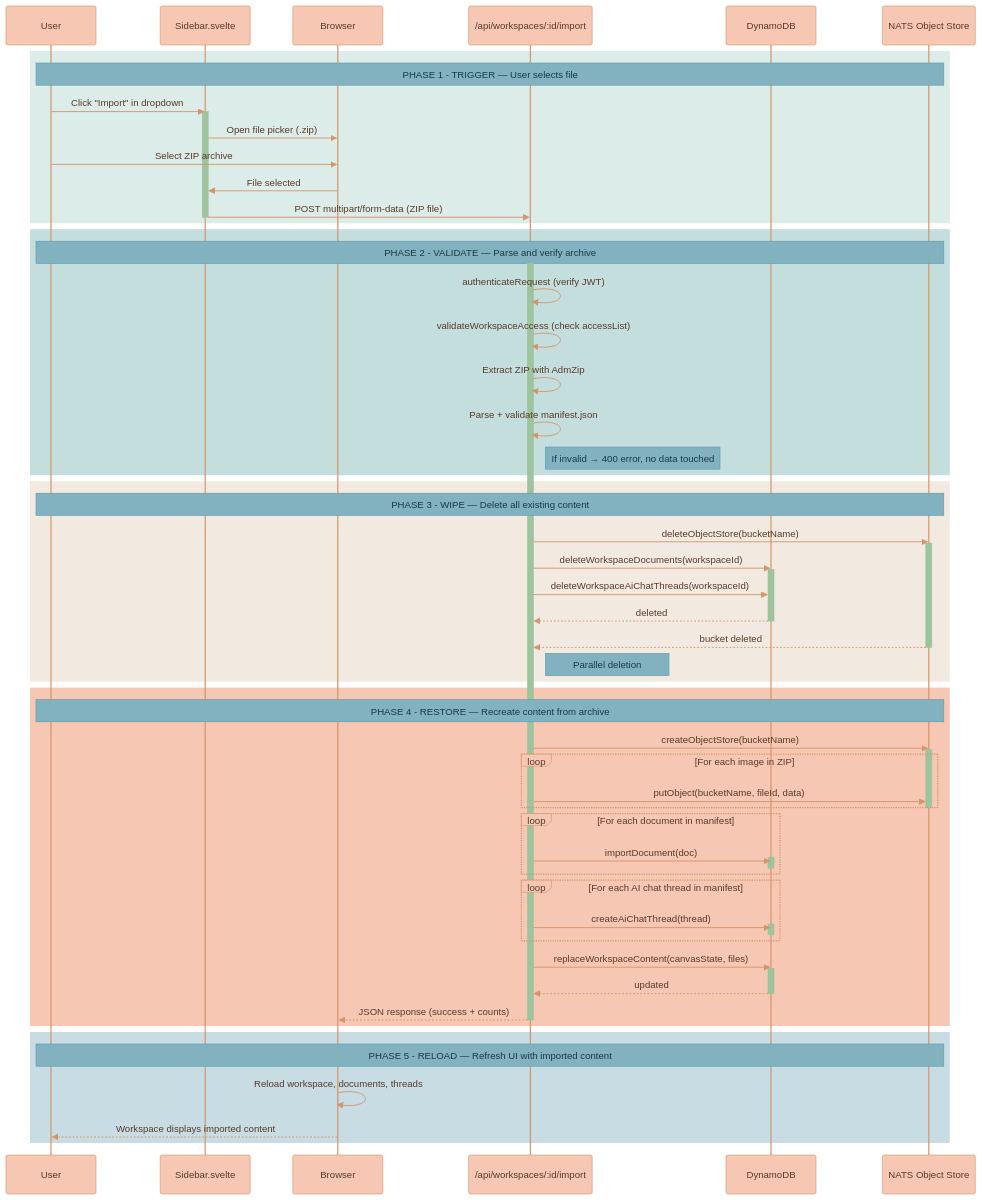
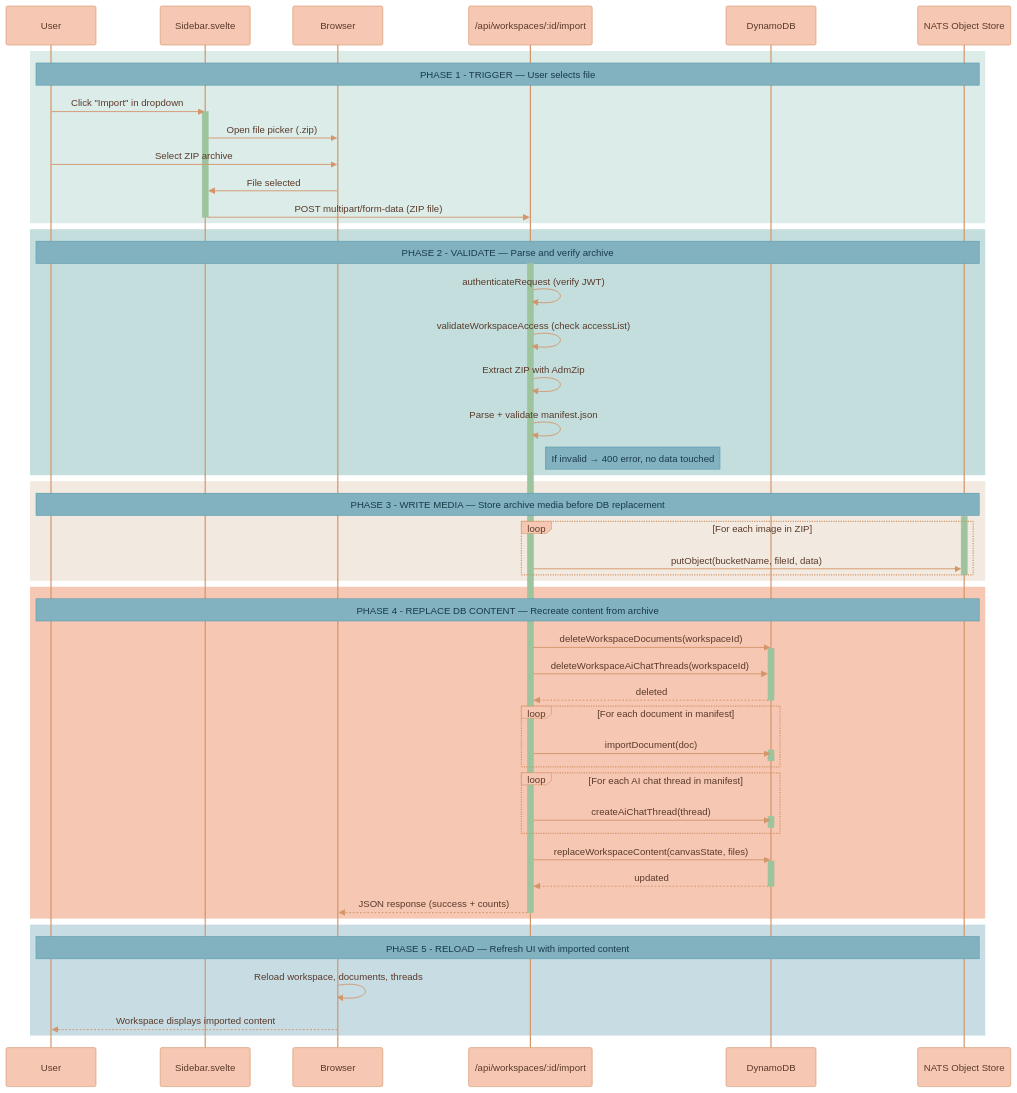
Before and after one commit to Lixpi/lixpi: the second of 2 diagrams in documentation/library/WORKSPACE-EXPORT-IMPORT.md, drawn with Mermaid. The commit also changed other lines of this file and 17 other files, not shown here.

```diff
--- a/documentation/library/WORKSPACE-EXPORT-IMPORT.md
+++ b/documentation/library/WORKSPACE-EXPORT-IMPORT.md
@@ -211,33 +212,27 @@
     end
 
     %% ═══════════════════════════════════════════════════════════════
-    %% PHASE 3: WIPE
+    %% PHASE 3: WRITE MEDIA
     %% ═══════════════════════════════════════════════════════════════
     rect rgb(242, 234, 224)
-        Note over User, ObjStore: PHASE 3 - WIPE — Delete all existing content
-        API->>ObjStore: deleteObjectStore(bucketName)
+        Note over User, ObjStore: PHASE 3 - WRITE MEDIA — Store archive media before DB replacement
         activate ObjStore
+        loop For each image in ZIP
+            API->>ObjStore: putObject(bucketName, fileId, data)
+        end
+        deactivate ObjStore
+    end
+
+    %% ═══════════════════════════════════════════════════════════════
+    %% PHASE 4: REPLACE DB CONTENT
+    %% ═══════════════════════════════════════════════════════════════
+    rect rgb(246, 199, 179)
+        Note over User, ObjStore: PHASE 4 - REPLACE DB CONTENT — Recreate content from archive
         API->>DB: deleteWorkspaceDocuments(workspaceId)
         activate DB
         API->>DB: deleteWorkspaceAiChatThreads(workspaceId)
         DB-->>API: deleted
         deactivate DB
-        ObjStore-->>API: bucket deleted
-        deactivate ObjStore
-        Note right of API: Parallel deletion
-    end
-
-    %% ═══════════════════════════════════════════════════════════════
-    %% PHASE 4: RESTORE
-    %% ═══════════════════════════════════════════════════════════════
-    rect rgb(246, 199, 179)
-        Note over User, ObjStore: PHASE 4 - RESTORE — Recreate content from archive
-        API->>ObjStore: createObjectStore(bucketName)
-        activate ObjStore
-        loop For each image in ZIP
-            API->>ObjStore: putObject(bucketName, fileId, data)
-        end
-        deactivate ObjStore
         loop For each document in manifest
             API->>DB: importDocument(doc)
             activate DB
```
